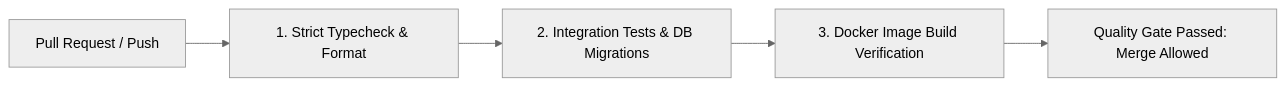
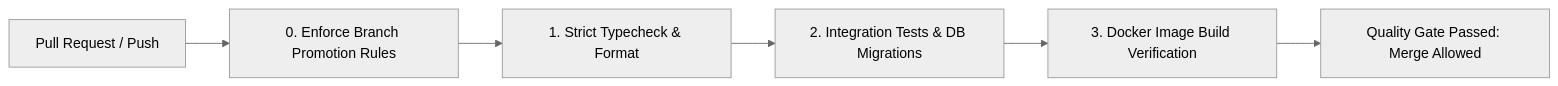
Before and after one commit to Smiling-Hacker01/Telemedicine-System-Backend: the second of 2 diagrams in docs/ci-cd-branch-protection.md, drawn with Mermaid (neutral theme). The commit also changed other lines of this file and 1 other file, not shown here.

Commit message:
ci: enforce branch promotion gating (staging->main, deploy->staging) and block merge on test failures

````diff
--- a/docs/ci-cd-branch-protection.md
+++ b/docs/ci-cd-branch-protection.md
@@ -30,7 +30,8 @@
 ```mermaid
 graph LR
-    PushPR[Pull Request / Push] --> Stage1[1. Strict Typecheck & Format]
+    PushPR[Pull Request / Push] --> Stage0[0. Enforce Branch Promotion Rules]
+    Stage0 --> Stage1[1. Strict Typecheck & Format]
     Stage1 --> Stage2[2. Integration Tests & DB Migrations]
     Stage2 --> Stage3[3. Docker Image Build Verification]
     Stage3 --> MergeReady[Quality Gate Passed: Merge Allowed]
 ```
````
